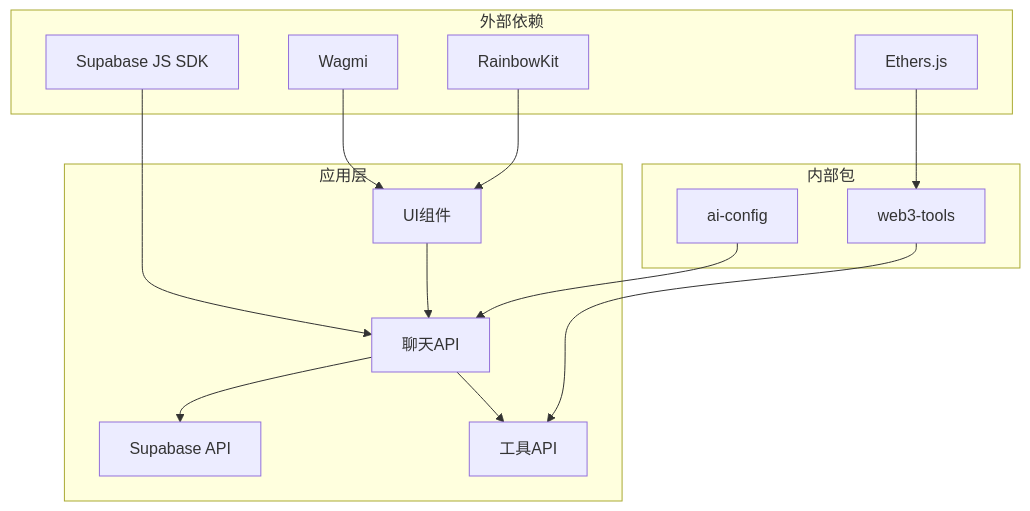
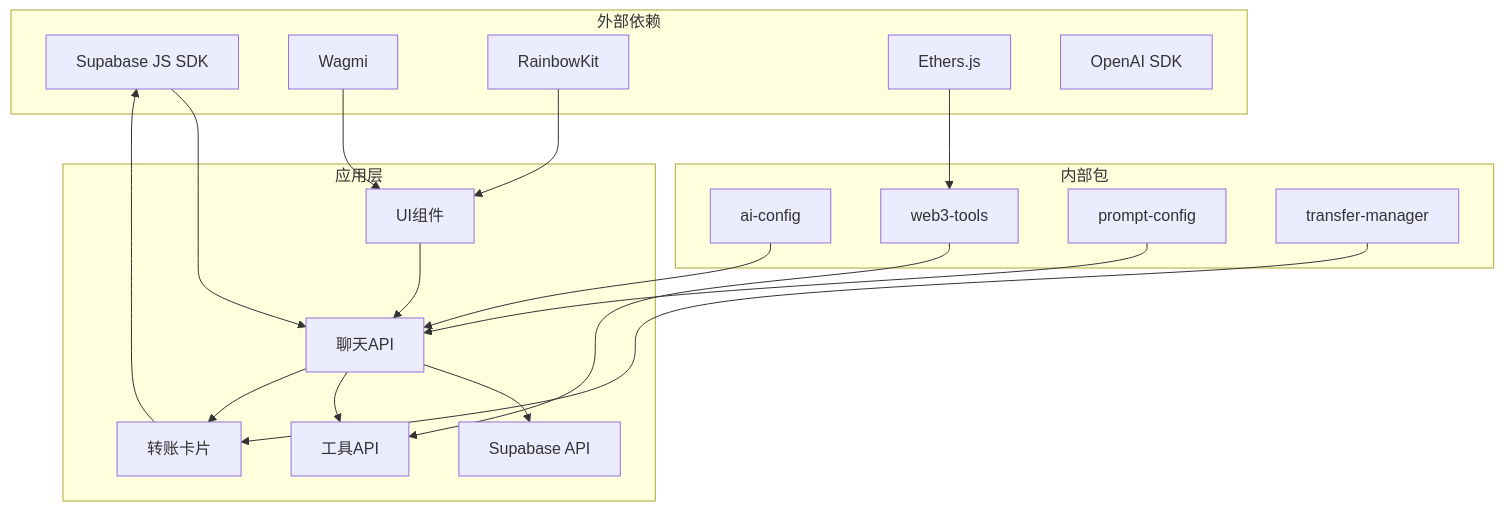
Diagram 12 of 13 in .qoder/repowiki/zh/content/API参考文档/聊天API安全增强.md (CryptoLinxu/Web3-AI-Agent), drawn with Mermaid before and after one commit. The commit also changed other lines of this file and 9 other files, not shown here.

````diff
--- a/.qoder/repowiki/zh/content/API参考文档/聊天API安全增强.md
+++ b/.qoder/repowiki/zh/content/API参考文档/聊天API安全增强.md
@@ -344,28 +499,36 @@
 ```mermaid
 graph TB
 subgraph "外部依赖"
 Supabase[Supabase JS SDK]
 Wagmi[Wagmi]
 RainbowKit[RainbowKit]
 Ethers[Ethers.js]
+OpenAI[OpenAI SDK]
 end
 subgraph "内部包"
 AIConfig[ai-config]
 Web3Tools[web3-tools]
+PromptConfig[prompt-config]
+TransferManager[transfer-manager]
 end
 subgraph "应用层"
 ChatAPI[聊天API]
 SupabaseAPI[Supabase API]
 ToolsAPI[工具API]
 UIComponents[UI组件]
+TransferCards[转账卡片]
 end
 Supabase --> ChatAPI
 Wagmi --> UIComponents
 RainbowKit --> UIComponents
 Ethers --> Web3Tools
 AIConfig --> ChatAPI
 Web3Tools --> ToolsAPI
+PromptConfig --> ChatAPI
+TransferManager --> TransferCards
 ChatAPI --> SupabaseAPI
 ChatAPI --> ToolsAPI
+ChatAPI --> TransferCards
 UIComponents --> ChatAPI
+TransferCards --> Supabase
 ```
````
